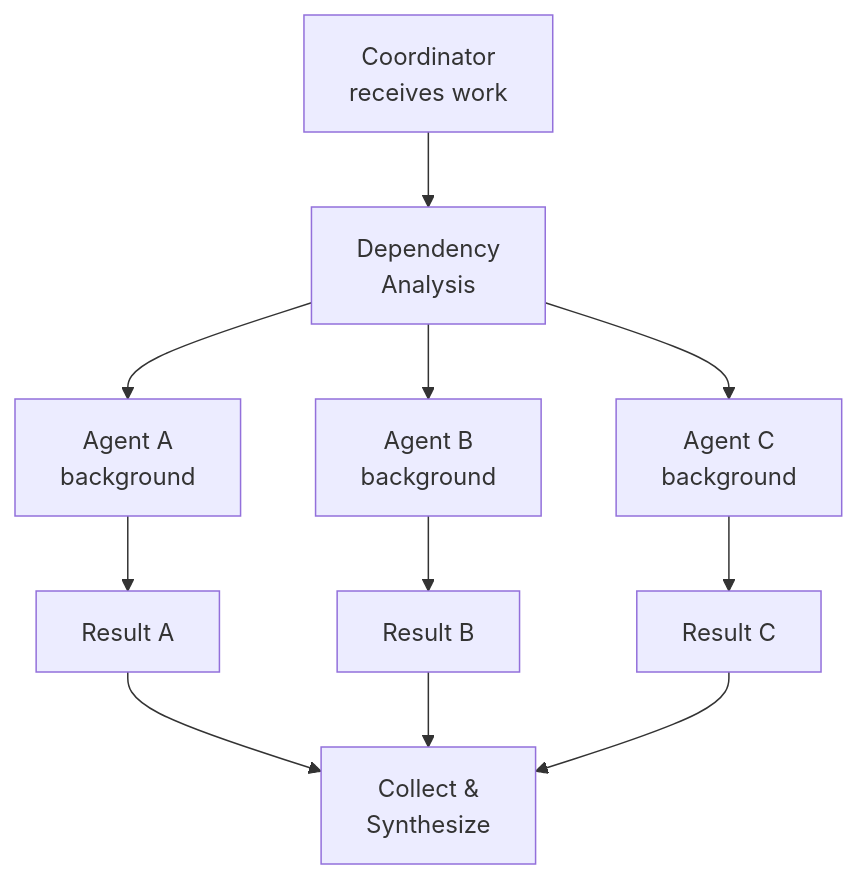
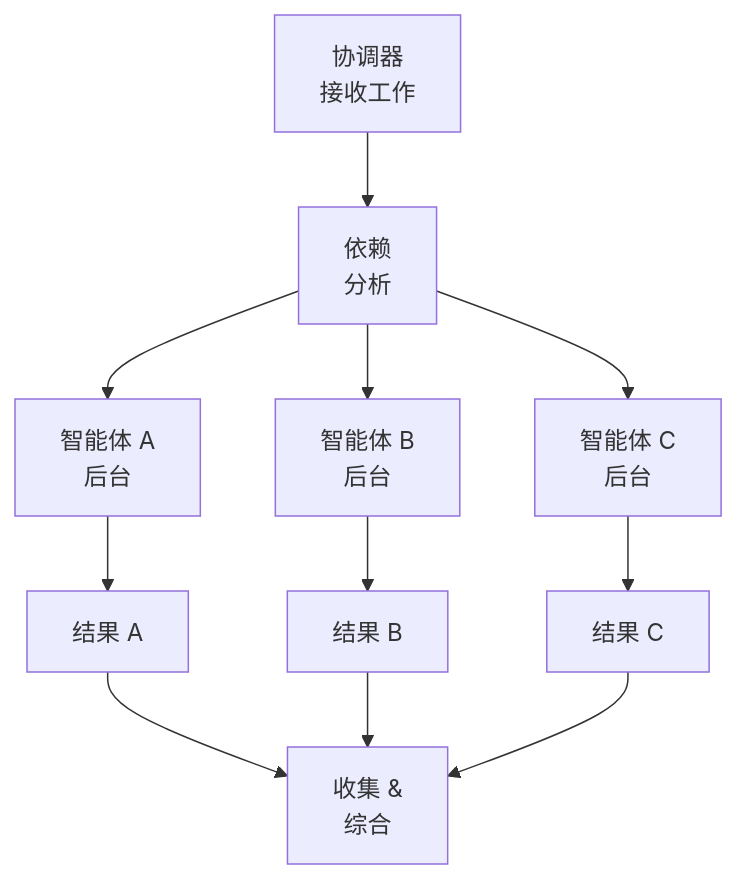
One commit to Allen-work-mk/squad-zh changed the first of 3 diagrams in docs/src/content/docs-zh/concepts/parallel-work.md. Above: the diagram before and after it, drawn with Mermaid. The commit also changed other lines of this file and 5 other files, not shown here.

````diff
--- a/docs/src/content/docs-zh/concepts/parallel-work.md
+++ b/docs/src/content/docs-zh/concepts/parallel-work.md
@@ -30,23 +29,23 @@
 ```mermaid
 graph TD
-    A["Coordinator<br/>receives work"]
-    B["Dependency<br/>Analysis"]
-    C["Agent A<br/>background"]
-    D["Agent B<br/>background"]
-    E["Agent C<br/>background"]
-    F["Result A"]
-    G["Result B"]
-    H["Result C"]
-    I["Collect &<br/>Synthesize"]
+    A["协调器<br/>接收工作"]
+    B["依赖<br/>分析"]
+    C["智能体 A<br/>后台"]
+    D["智能体 B<br/>后台"]
+    E["智能体 C<br/>后台"]
+    F["结果 A"]
+    G["结果 B"]
+    H["结果 C"]
+    I["收集 &<br/>综合"]
     
     A --> B
     B --> C
     B --> D
     B --> E
     C --> F
     D --> G
     E --> H
     F --> I
     G --> I
     H --> I
 ```
````
